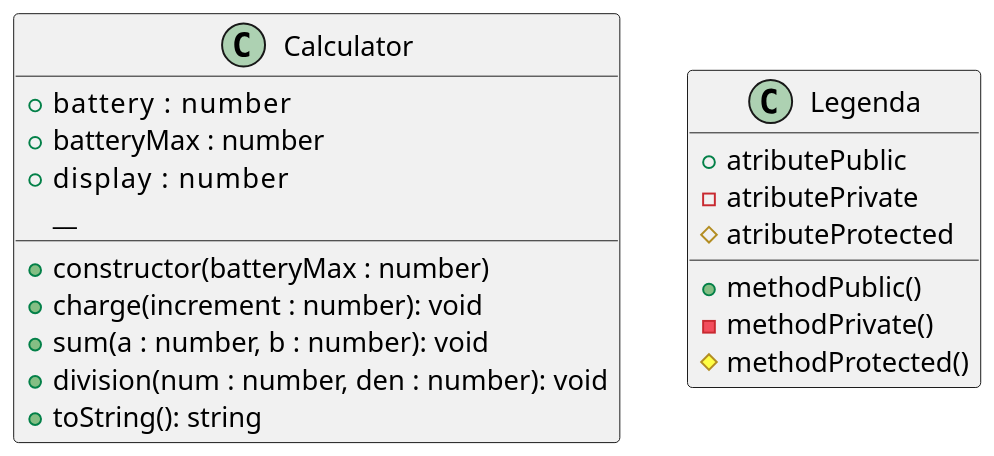
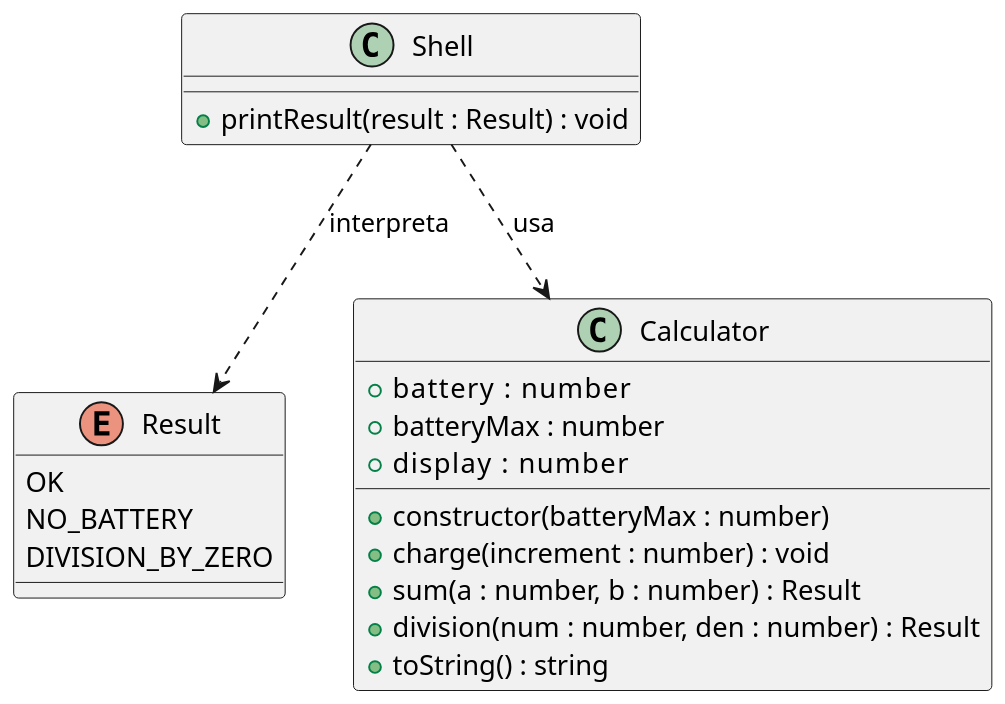
Before and after one commit to qxcodepoo/arcade: the diagram in base/calculadora/assets/diagrama.puml, drawn with PlantUML. The commit also changed 168 other files, not shown here.

```diff
--- a/base/calculadora/assets/diagrama.puml
+++ b/base/calculadora/assets/diagrama.puml
@@ -1,30 +1,32 @@
 @startuml
 
 skinparam defaultFontName "Source Code Pro"
 skinparam dpi 150
 
+enum Result {
+  OK
+  NO_BATTERY
+  DIVISION_BY_ZERO
+}
+
 class Calculator {
-
   + battery    : number
   + batteryMax : number
   + display    : number
   __
-
   + constructor(batteryMax : number)
-  + charge(increment : number): void
-  + sum(a : number, b : number): void
-  + division(num : number, den : number): void
-  + toString(): string
+  + charge(increment : number) : void
+  + sum(a : number, b : number) : Result
+  + division(num : number, den : number) : Result
+  + toString() : string
 }
 
-class Legenda {
-  + atributePublic
-  - atributePrivate
-  # atributeProtected
+class Shell {
   __
-  + methodPublic()
-  - methodPrivate()
-  # methodProtected()
+  + printResult(result : Result) : void
 }
 
+Shell ..> Calculator : usa
+Shell ..> Result : interpreta
+
 @enduml
```
